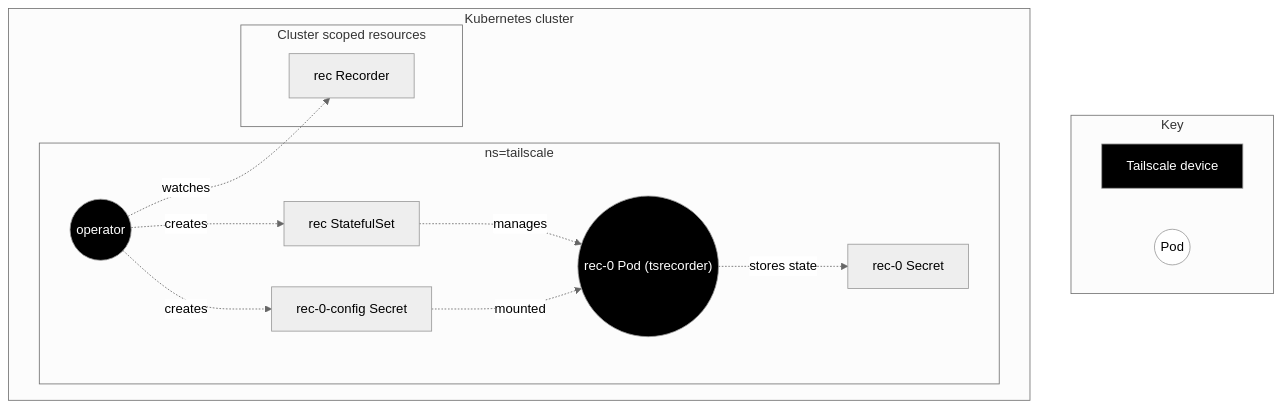
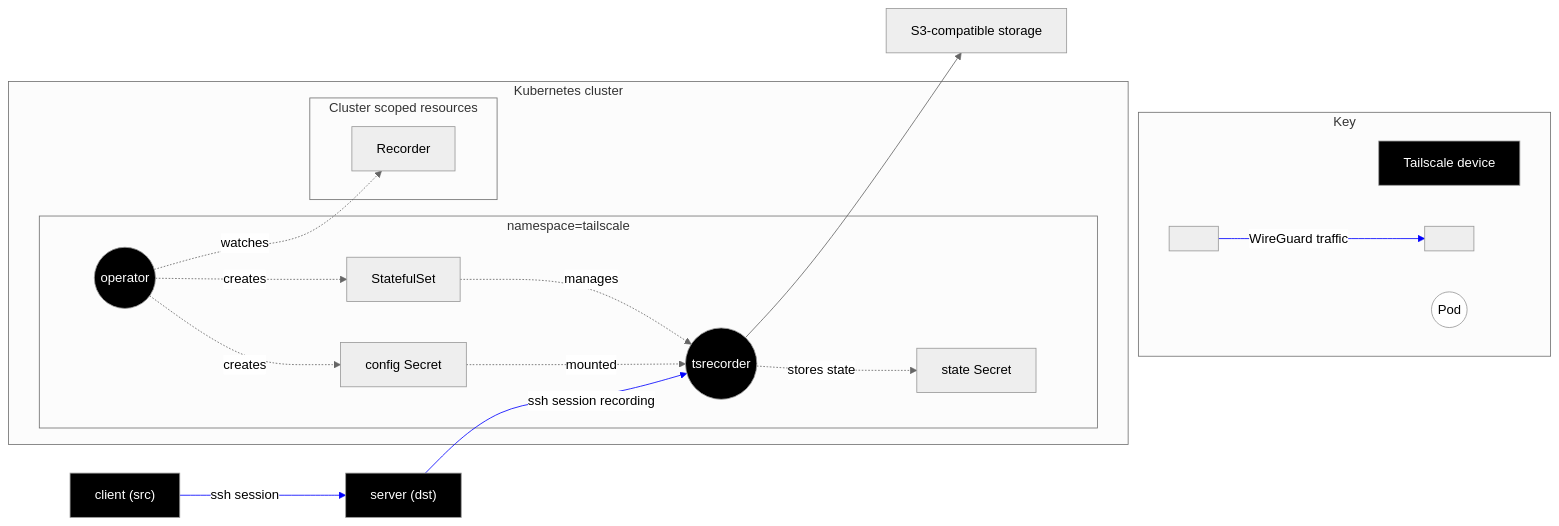
One commit to tailscale/tailscale changed the seventh of 7 diagrams in docs/k8s/operator-architecture.md. Above: the diagram before and after it, drawn with Mermaid. The commit also changed other lines of this file, not shown here.

````diff
--- a/docs/k8s/operator-architecture.md
+++ b/docs/k8s/operator-architecture.md
@@ -217,33 +356,50 @@
 ```mermaid
 %%{ init: { 'theme':'neutral' } }%%
 
 flowchart TD
     classDef tsnode color:#fff,fill:#000;
     classDef pod fill:#fff;
+    classDef hidden display:none;
 
     subgraph Key
         ts[Tailscale device]:::tsnode
         pod((Pod)):::pod
+        hidden[" "]-->|WireGuard traffic|hidden2[" "]
     end
 
-    subgraph k8s[Kubernetes cluster]
-        subgraph tailscale-ns[ns=tailscale]
-            operator((operator)):::tsnode
-            rec-sts[rec StatefulSet]
-            rec-0(("rec-0 Pod (tsrecorder)")):::tsnode
-            cfg-secret-0["rec-0-config Secret"]
-            state-secret-0["rec-0 Secret"]
+    subgraph grouping[" "]
+        subgraph k8s[Kubernetes cluster]
+            subgraph tailscale-ns[namespace=tailscale]
+                operator((operator)):::tsnode
+                rec-sts[StatefulSet]
+                rec-0(("tsrecorder")):::tsnode
+                cfg-secret-0["config Secret"]
+                state-secret-0["state Secret"]
+            end
+
+            subgraph cluster-scope["Cluster scoped resources"]
+                rec["Recorder"]
+            end
         end
 
-        subgraph cluster-scope["Cluster scoped resources"]
-            rec["rec Recorder"]
-        end
+        client["client (src)"]:::tsnode
+        server["server (dst)"]:::tsnode
+        s3["S3-compatible storage"]
     end
+
+    client-->|ssh session|server
+    server-->|ssh session recording|rec-0
+    rec-0-->s3
     operator-.->|watches| rec
     operator -.->|creates| rec-sts
     rec-sts -.->|manages| rec-0
     operator -.->|creates| cfg-secret-0
     cfg-secret-0 -.->|mounted| rec-0
     rec-0 -.->|stores state| state-secret-0
 
+    class grouping hidden
+    linkStyle 0 stroke:blue;
+    linkStyle 1 stroke:blue;
+    linkStyle 2 stroke:blue;
+
 ```
````
